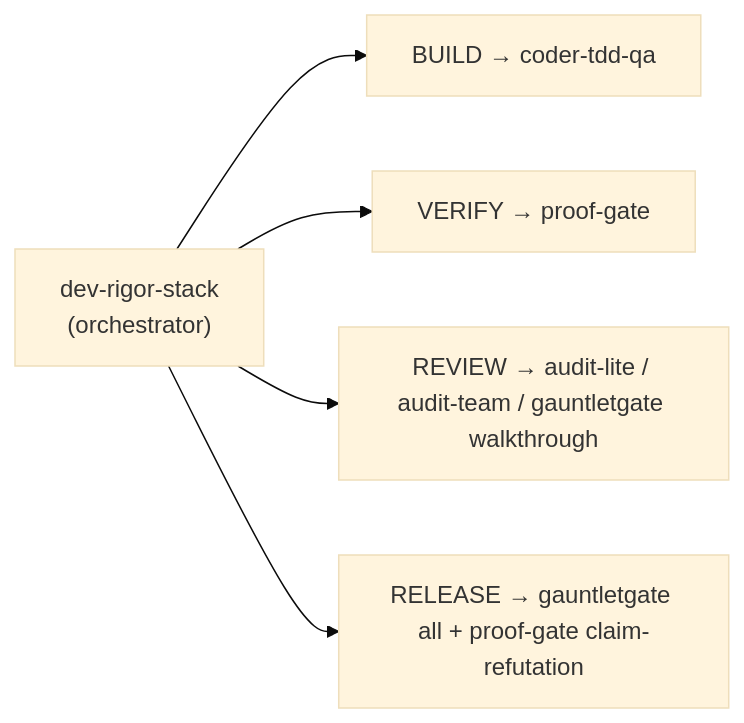
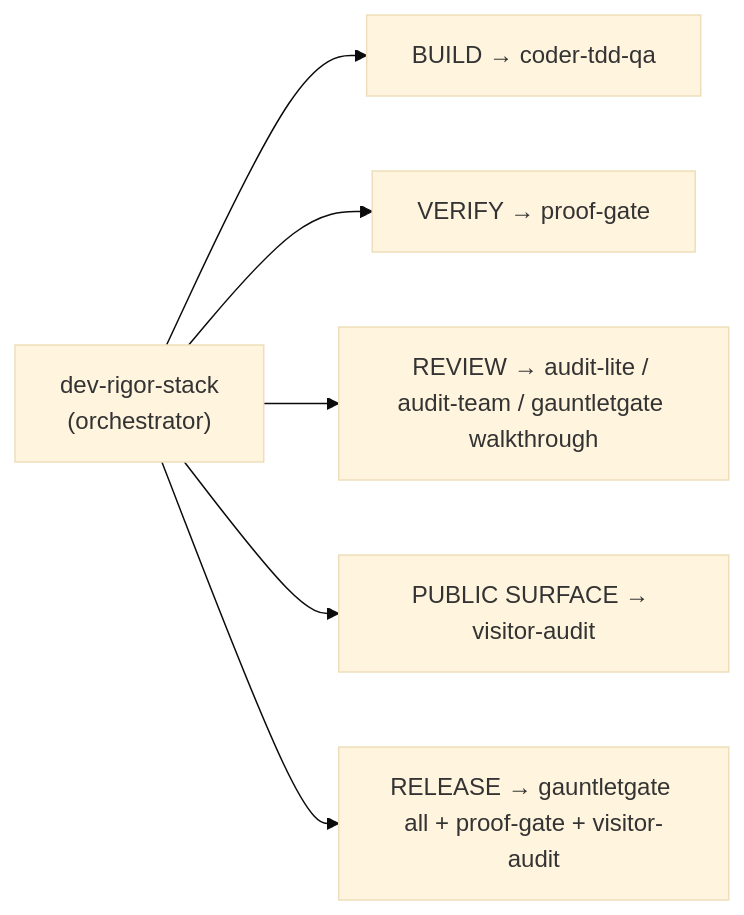
Before and after one commit to scottconverse/codex-dev-rigor-stack: the second of 3 diagrams in docs/ARCHITECTURE.md, drawn with Mermaid (base theme). The commit also changed other lines of this file and 11 other files, not shown here.

Commit message:
Add visitor audit to rigor stack

````diff
--- a/docs/ARCHITECTURE.md
+++ b/docs/ARCHITECTURE.md
@@ -54,8 +57,9 @@
 ```mermaid
 flowchart LR
     DRS["dev-rigor-stack<br/>(orchestrator)"]
     DRS --> B2["BUILD → coder-tdd-qa"]
     DRS --> V2["VERIFY → proof-gate"]
     DRS --> R2["REVIEW → audit-lite / audit-team / gauntletgate walkthrough"]
-    DRS --> G2["RELEASE → gauntletgate all + proof-gate claim-refutation"]
+    DRS --> P2["PUBLIC SURFACE → visitor-audit"]
+    DRS --> G2["RELEASE → gauntletgate all + proof-gate + visitor-audit"]
 ```
````
